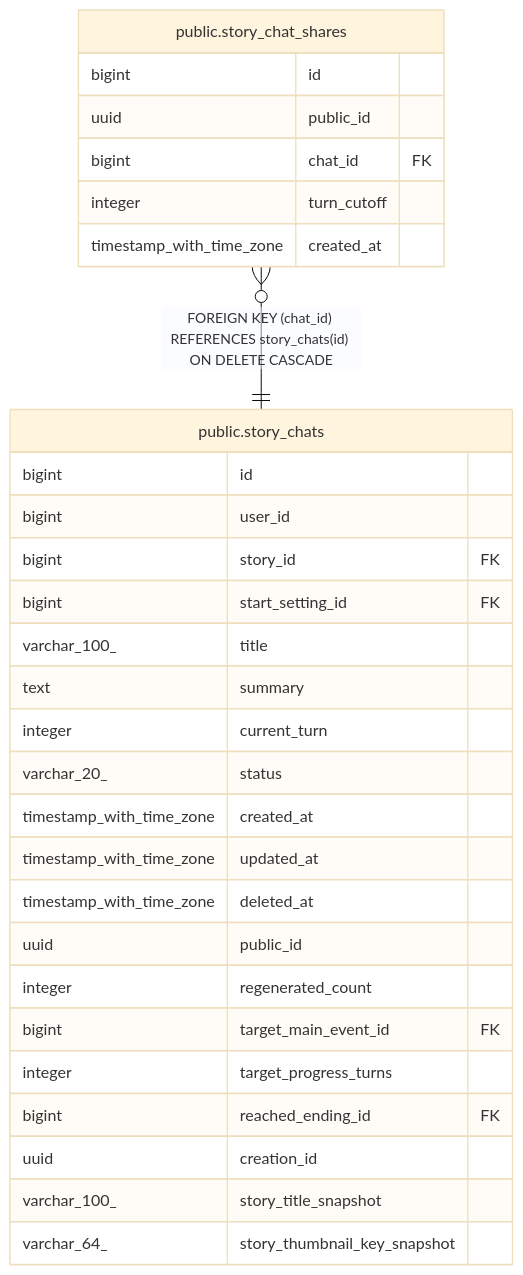
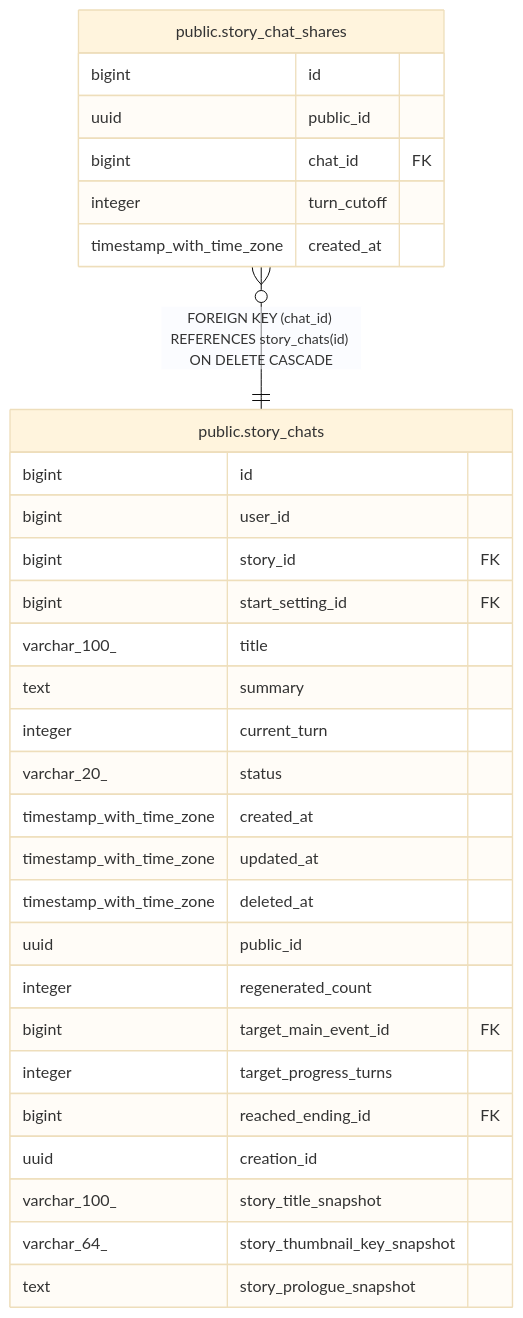
Before and after one commit to KIM-N-KANG/manyak-server: the diagram in dbdoc/public.story_chat_shares.md, drawn with Mermaid (base theme). The commit also changed 14 other files, not shown here.

````diff
--- a/dbdoc/public.story_chat_shares.md
+++ b/dbdoc/public.story_chat_shares.md
@@ -32,34 +32,35 @@
 ```mermaid
 erDiagram
 
 "public.story_chat_shares" }o--|| "public.story_chats" : "FOREIGN KEY (chat_id) REFERENCES story_chats(id) ON DELETE CASCADE"
 
 "public.story_chat_shares" {
   bigint id
   uuid public_id
   bigint chat_id FK
   integer turn_cutoff
   timestamp_with_time_zone created_at
 }
 "public.story_chats" {
   bigint id
   bigint user_id
   bigint story_id FK
   bigint start_setting_id FK
   varchar_100_ title
   text summary
   integer current_turn
   varchar_20_ status
   timestamp_with_time_zone created_at
   timestamp_with_time_zone updated_at
   timestamp_with_time_zone deleted_at
   uuid public_id
   integer regenerated_count
   bigint target_main_event_id FK
   integer target_progress_turns
   bigint reached_ending_id FK
   uuid creation_id
   varchar_100_ story_title_snapshot
   varchar_64_ story_thumbnail_key_snapshot
+  text story_prologue_snapshot
 }
 ```
````
